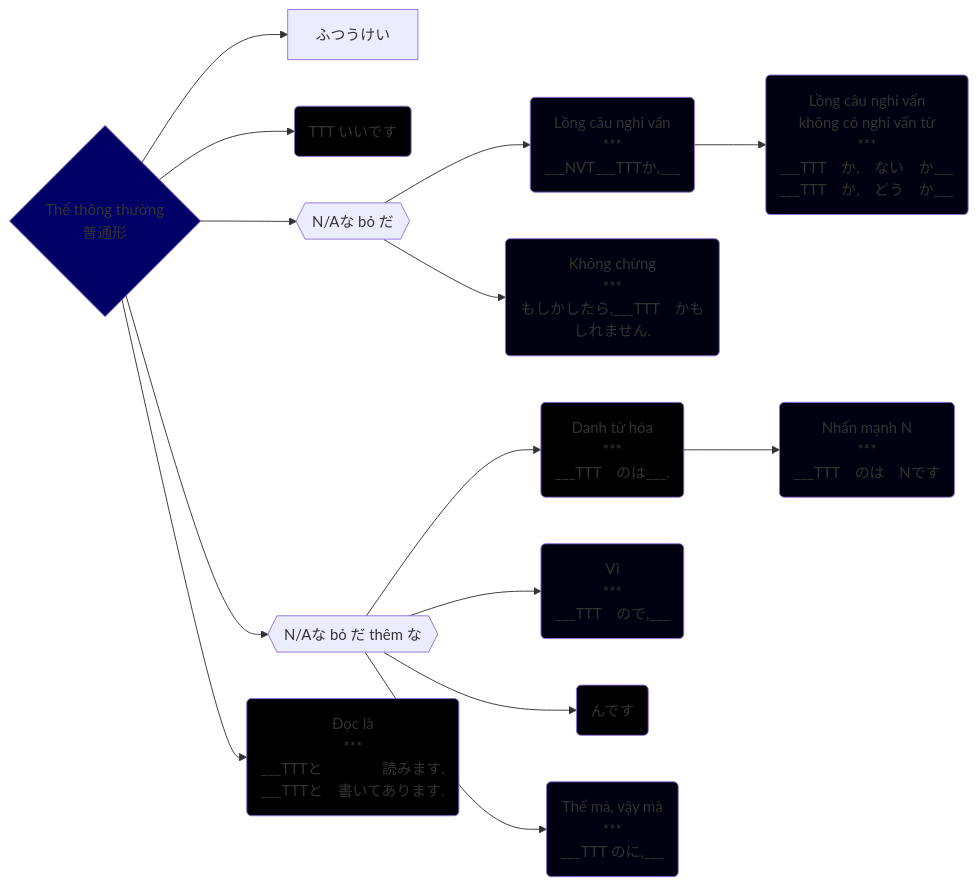
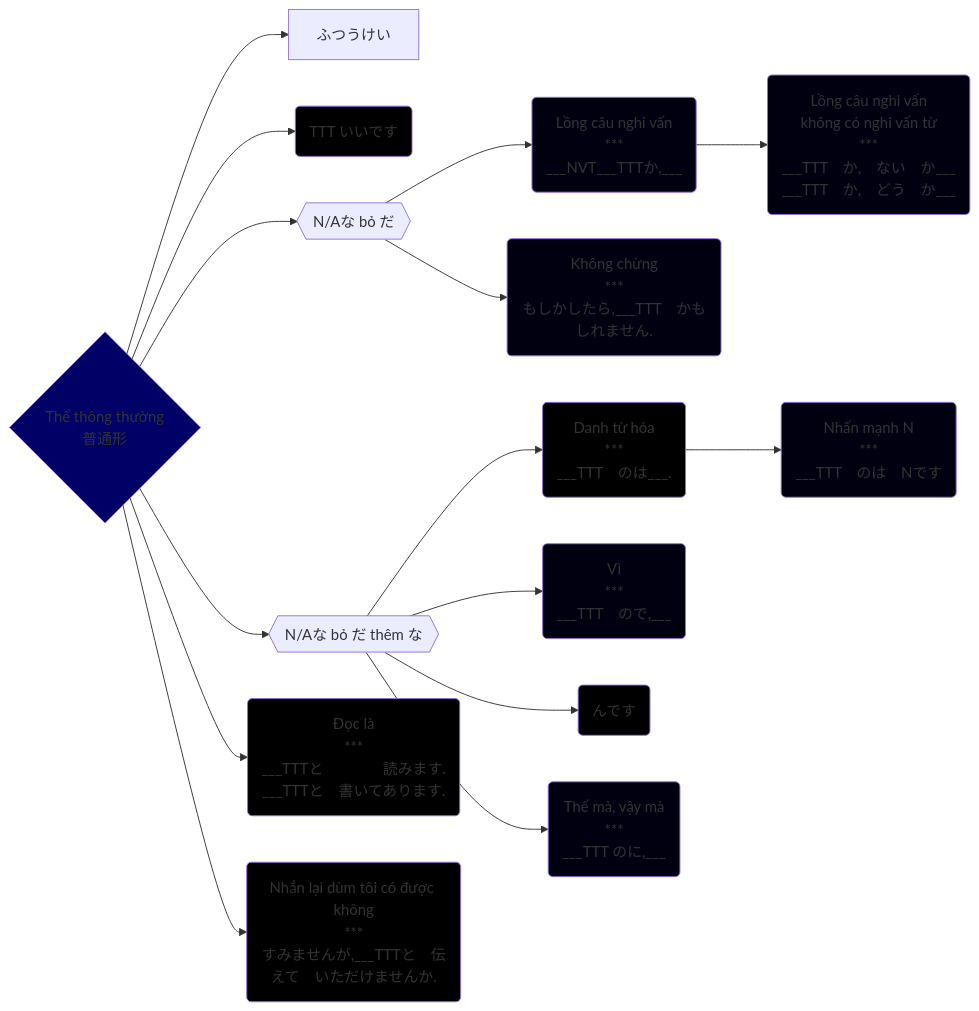
The diagram in The/普通形.md (tea1504/learn), drawn with Mermaid before and after one commit. The commit also changed 10 other files, not shown here.

````diff
--- a/The/普通形.md
+++ b/The/普通形.md
@@ -1,28 +1,30 @@
 ```mermaid
 graph LR;
     TTT{Thể thông thường\n普通形}-->ふつうけい
     TTT-->nen(TTT いいです)
     TTT-->boDa{{N/Aな bỏ だ}}
     boDa-->longCauNghiVan(Lồng câu nghi vấn\n***\n___NVT___TTTか,___)
     longCauNghiVan-->longCauNghiVan2(Lồng câu nghi vấn\n không có nghi vấn từ\n***\n___TTT　か,　ない　か___\n___TTT　か,　どう　か___)
     boDa-->khongChung(Không chừng\n***\nもしかしたら,___TTT　かもしれません.)
     TTT-->boDaThemNa{{N/Aな bỏ だ thêm な}}
     boDaThemNa-->danhTuHoa(Danh từ hóa\n***\n___TTT　のは___.)
     danhTuHoa-->nhanManhN(Nhấn mạnh N\n***\n___TTT　のは　Nです)
     boDaThemNa-->vi(Vì\n***\n___TTT　ので,___)
     TTT-->docLaVietLa(Đọc là\n***\n___TTTと　　　　読みます.\n___TTTと　書いてあります.)
     boDaThemNa-->ndesu(んです)
     boDaThemNa-->theMaVayMa(Thế mà, vậy mà\n***\n___TTT のに,___)
+    TTT-->nhanLaiDumToi(Nhắn lại dùm tôi có được không\n***\nすみませんが,___TTTと　伝えて　いただけませんか.)
 
     style TTT fill:#006
     style danhTuHoa fill:#000
     style docLaVietLa fill:#000
     style khongChung fill:#001
     style longCauNghiVan fill:#001
     style longCauNghiVan2 fill:#001
     style ndesu fill:#000
     style nen fill:#000
     style nhanManhN fill:#001
     style theMaVayMa fill:#001
     style vi fill:#001
+    style nhanLaiDumToi fill:#000
 ```
````
